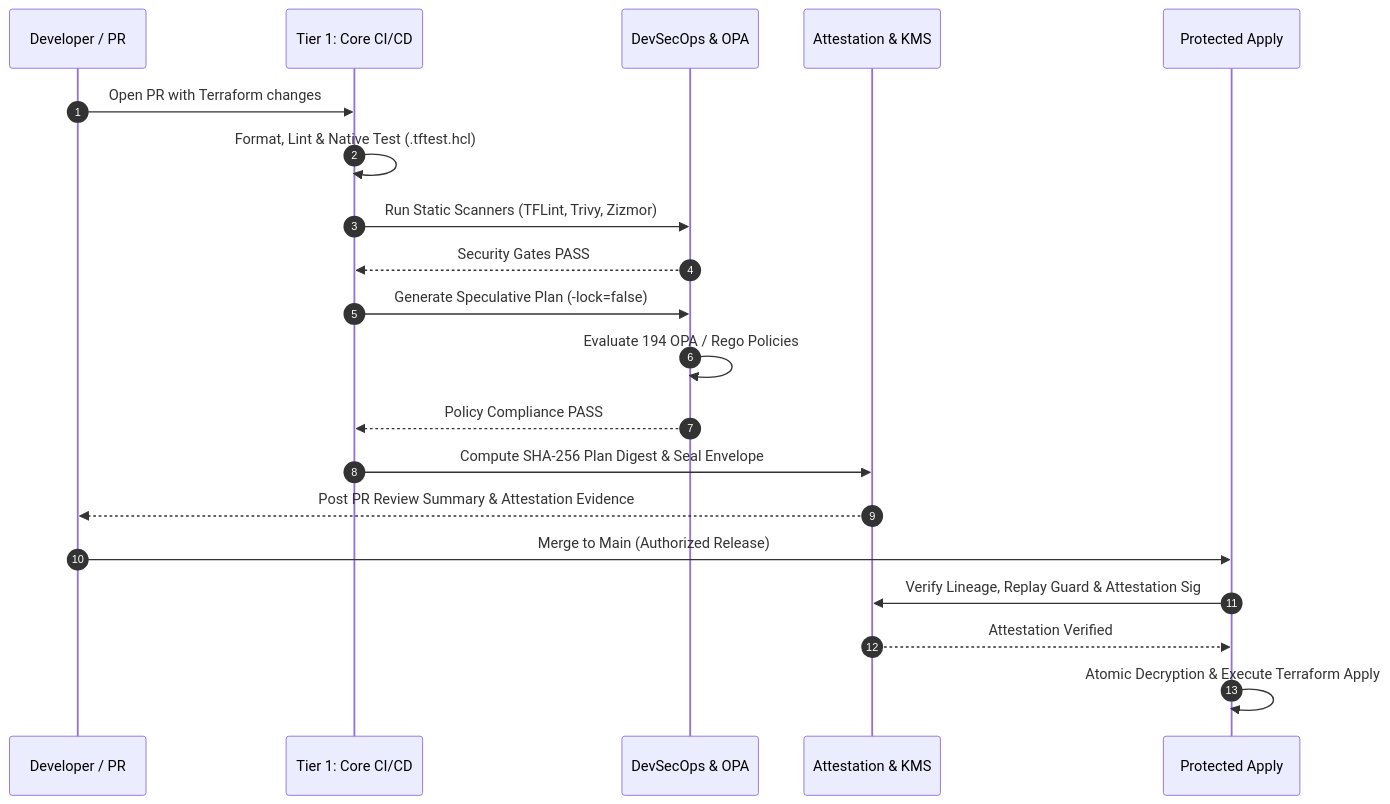
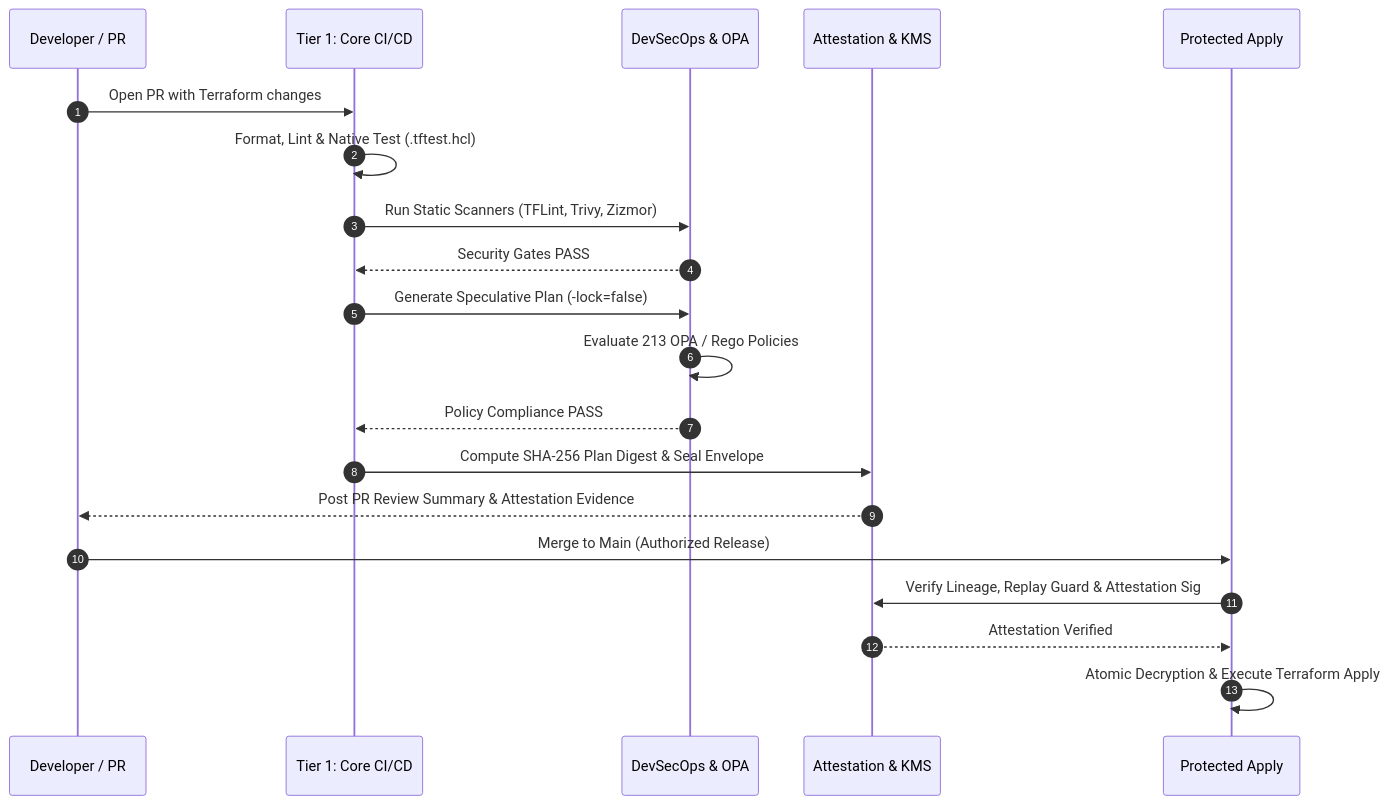
One commit to TM-threemavithana/infraflow changed the second of 2 diagrams in README.md. Above: the diagram before and after it, drawn with Mermaid. The commit also changed other lines of this file and 54 other files, not shown here.

````diff
--- a/README.md
+++ b/README.md
@@ -290,23 +290,23 @@
 ```mermaid
 sequenceDiagram
     autonumber
     participant Dev as Developer / PR
     participant Core as Tier 1: Core CI/CD
     participant Gate as DevSecOps & OPA
     participant Attest as Attestation & KMS
     participant Apply as Protected Apply
 
     Dev->>Core: Open PR with Terraform changes
     Core->>Core: Format, Lint & Native Test (.tftest.hcl)
     Core->>Gate: Run Static Scanners (TFLint, Trivy, Zizmor)
     Gate-->>Core: Security Gates PASS
     Core->>Gate: Generate Speculative Plan (-lock=false)
-    Gate->>Gate: Evaluate 194 OPA / Rego Policies
+    Gate->>Gate: Evaluate 213 OPA / Rego Policies
     Gate-->>Core: Policy Compliance PASS
     Core->>Attest: Compute SHA-256 Plan Digest & Seal Envelope
     Attest-->>Dev: Post PR Review Summary & Attestation Evidence
     Dev->>Apply: Merge to Main (Authorized Release)
     Apply->>Attest: Verify Lineage, Replay Guard & Attestation Sig
     Attest-->>Apply: Attestation Verified
     Apply->>Apply: Atomic Decryption & Execute Terraform Apply
 ```
````
